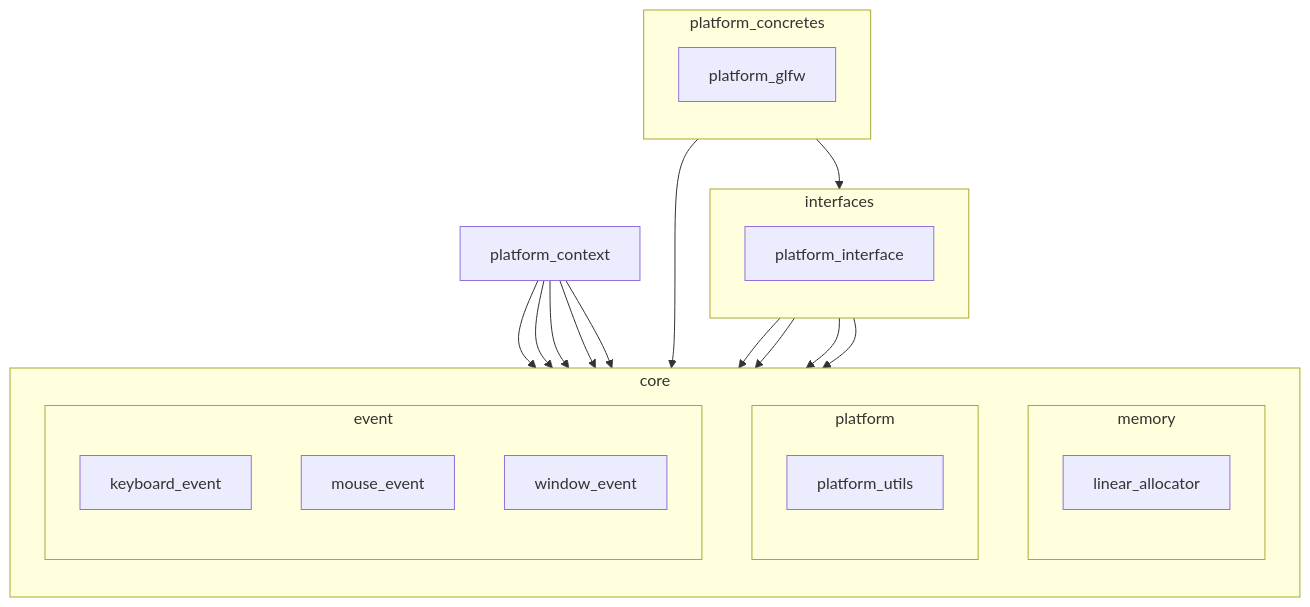
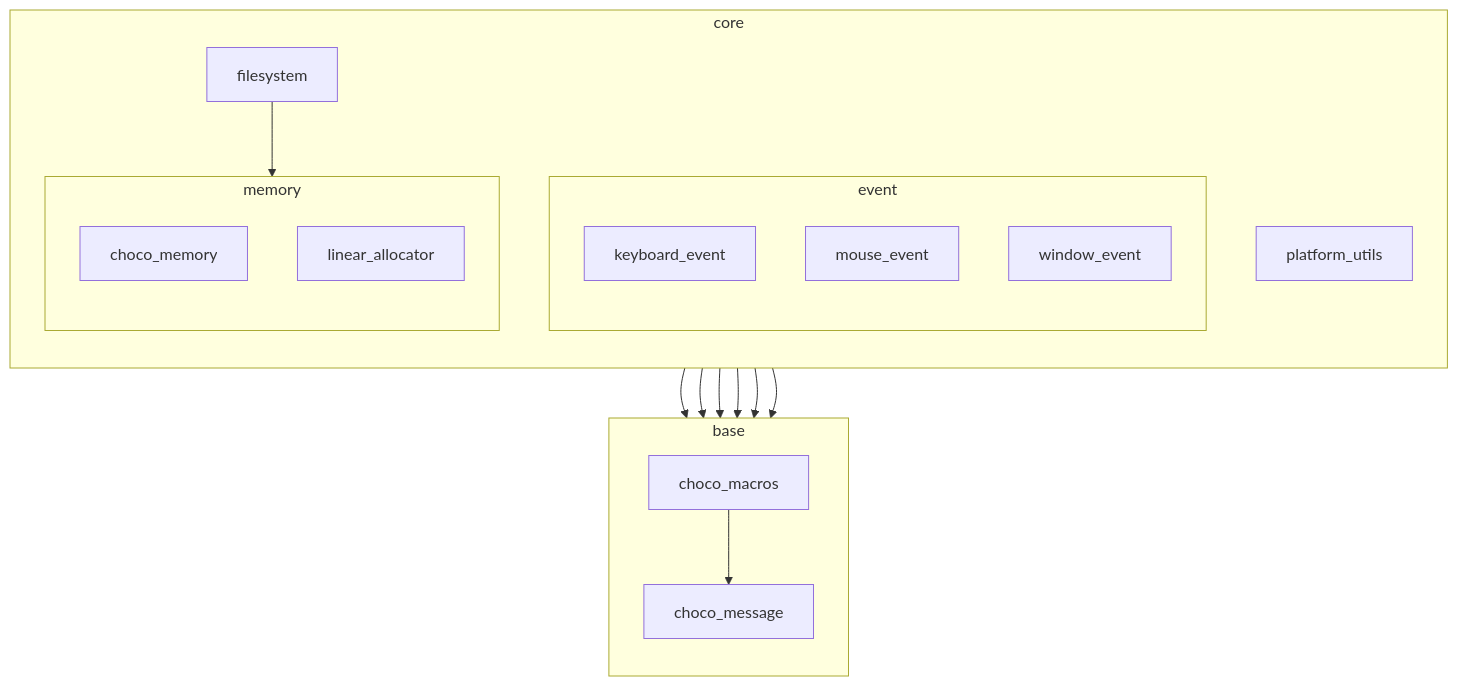
The first of 4 diagrams in docs/layer.md (chocolate-pie24/gl_choco_engine), drawn with Mermaid before and after one commit. The commit also changed other lines of this file and 1 other file, not shown here.

````diff
--- a/docs/layer.md
+++ b/docs/layer.md
@@ -19,49 +32,35 @@
 ```mermaid
 graph TD
+  subgraph BASE[base]
+    direction TB
+    CHOCO_MESSAGE[choco_message]
+    CHOCO_MACROS[choco_macros]
+  end
+  CHOCO_MACROS --> CHOCO_MESSAGE
+
   subgraph CORE[core]
     direction TB
-
-    subgraph MEMORY[memory]
-      direction TB
-      LINEAR_ALLOCATOR[linear_allocator]
-    end
-
-    subgraph PLATFORM[platform]
-      direction TB
-      PLATFORM_UTILS[platform_utils]
-    end
-
     subgraph EVENT[event]
       direction TB
       KEYBOARD_EVENT[keyboard_event]
       MOUSE_EVENT[mouse_event]
       WINDOW_EVENT[window_event]
     end
+
+    subgraph MEMORY[memory]
+      direction TB
+      CHOCO_MEMORY[choco_memory]
+      LINEAR_ALLOCATOR[linear_allocator]
+    end
+
+    FILESYSTEM[filesystem]
+    PLATFORM_UTILS[platform_utils]
   end
-
-  subgraph INTERFACES[interfaces]
-    direction TB
-    PLATFORM_INTERFACE[platform_interface]
-  end
-
-  subgraph PLATFORM_CONCRETES[platform_concretes]
-    direction TB
-    PLATFORM_GLFW[platform_glfw]
-  end
-
-  PLATFORM_CONTEXT[platform_context]
-
-  PLATFORM_INTERFACE --> PLATFORM_UTILS
-  PLATFORM_INTERFACE --> KEYBOARD_EVENT
-  PLATFORM_INTERFACE --> MOUSE_EVENT
-  PLATFORM_INTERFACE --> WINDOW_EVENT
-
-  PLATFORM_GLFW --> PLATFORM_UTILS
-  PLATFORM_GLFW --> PLATFORM_INTERFACE
-
-  PLATFORM_CONTEXT --> PLATFORM_UTILS
-  PLATFORM_CONTEXT --> LINEAR_ALLOCATOR
-  PLATFORM_CONTEXT --> KEYBOARD_EVENT
-  PLATFORM_CONTEXT --> MOUSE_EVENT
-  PLATFORM_CONTEXT --> WINDOW_EVENT
+  FILESYSTEM --> CHOCO_MACROS
+  FILESYSTEM --> CHOCO_MESSAGE
+  FILESYSTEM --> CHOCO_MEMORY
+  CHOCO_MEMORY --> CHOCO_MACROS
+  CHOCO_MEMORY --> CHOCO_MESSAGE
+  LINEAR_ALLOCATOR --> CHOCO_MACROS
+  LINEAR_ALLOCATOR --> CHOCO_MESSAGE
 ```
````
